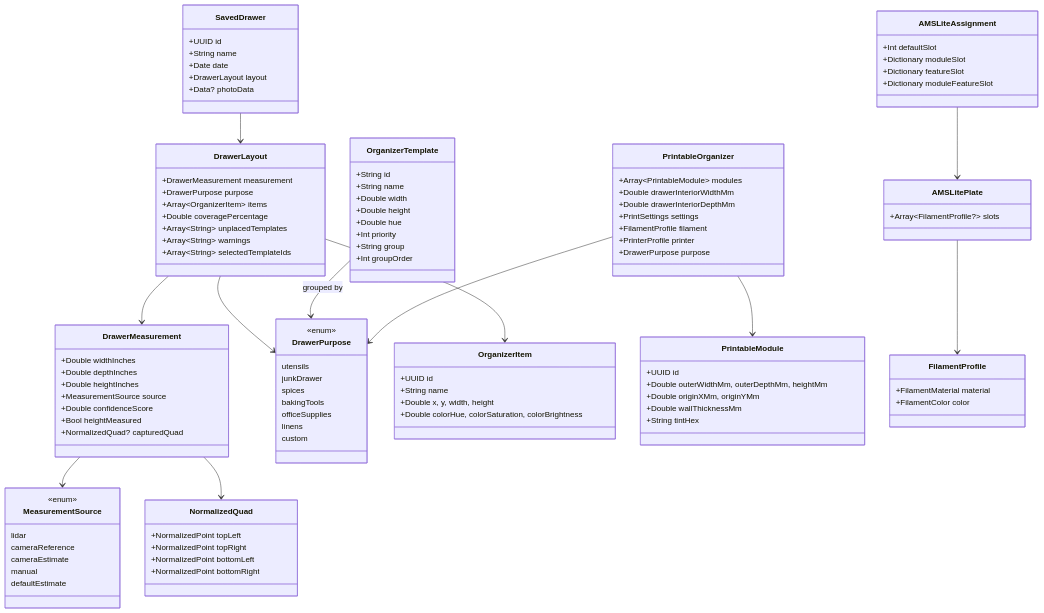
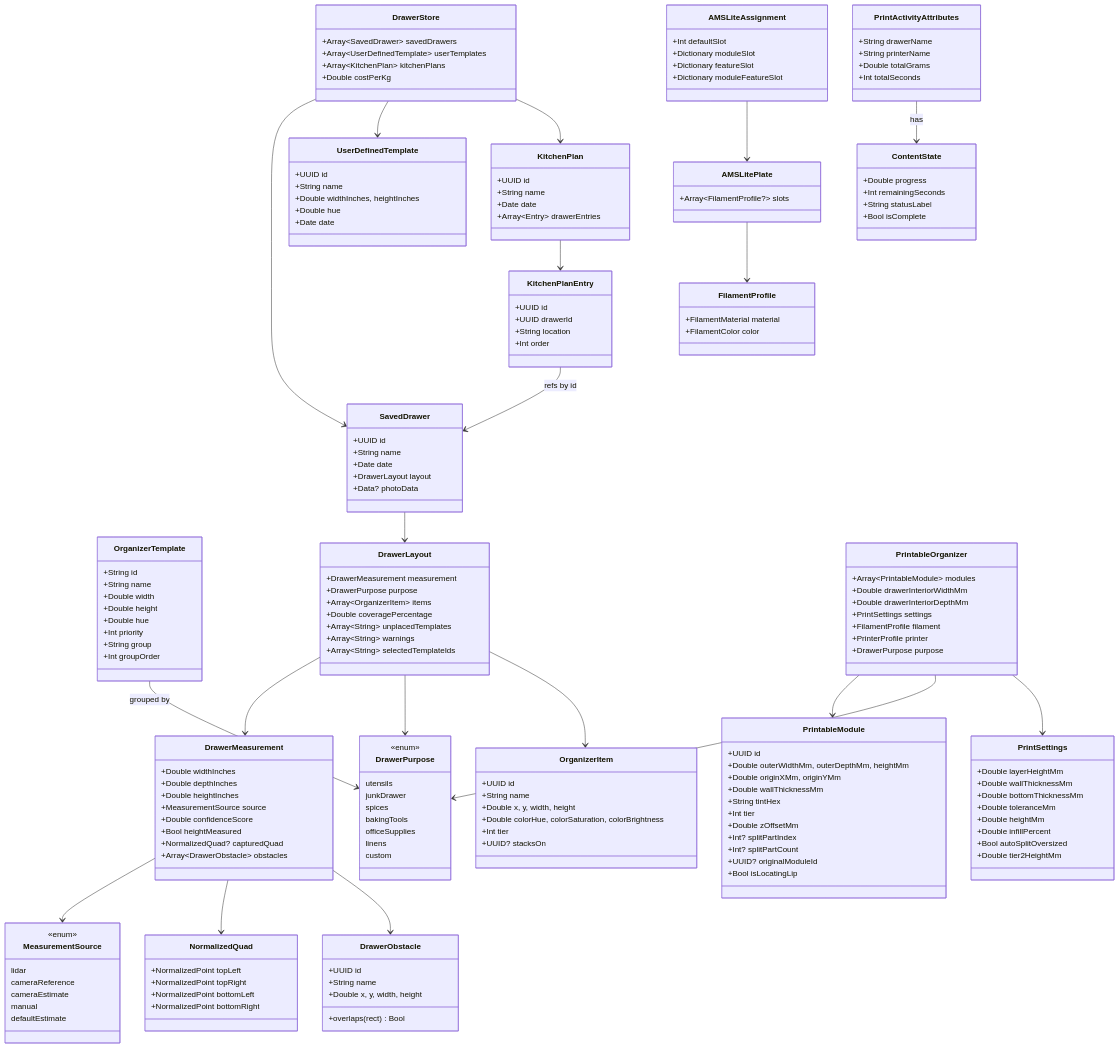
One commit to DrSk3l3t0r/Drawer changed the diagram in docs/diagrams/10-data-model.mmd. Above: the diagram before and after it, drawn with Mermaid. The commit also changed 21 other files, not shown here.

First line of the commit message:
v0.2.0 — AR, stacking, kitchen plans, obstacles, custom modules, costs, live activity

```diff
--- a/docs/diagrams/10-data-model.mmd
+++ b/docs/diagrams/10-data-model.mmd
@@ -1,119 +1,197 @@
 classDiagram
     class DrawerMeasurement {
         +Double widthInches
         +Double depthInches
         +Double heightInches
         +MeasurementSource source
         +Double confidenceScore
         +Bool heightMeasured
         +NormalizedQuad? capturedQuad
+        +Array~DrawerObstacle~ obstacles
+    }
+
+    class DrawerObstacle {
+        +UUID id
+        +String name
+        +Double x, y, width, height
+        +overlaps(rect) Bool
     }
 
     class MeasurementSource {
         <<enum>>
         lidar
         cameraReference
         cameraEstimate
         manual
         defaultEstimate
     }
 
     class NormalizedQuad {
         +NormalizedPoint topLeft
         +NormalizedPoint topRight
         +NormalizedPoint bottomLeft
         +NormalizedPoint bottomRight
     }
 
     class DrawerPurpose {
         <<enum>>
         utensils
         junkDrawer
         spices
         bakingTools
         officeSupplies
         linens
         custom
     }
 
     class OrganizerTemplate {
         +String id
         +String name
         +Double width
         +Double height
         +Double hue
         +Int priority
         +String group
         +Int groupOrder
     }
 
+    class UserDefinedTemplate {
+        +UUID id
+        +String name
+        +Double widthInches, heightInches
+        +Double hue
+        +Date date
+    }
+
     class OrganizerItem {
         +UUID id
         +String name
         +Double x, y, width, height
         +Double colorHue, colorSaturation, colorBrightness
+        +Int tier
+        +UUID? stacksOn
     }
 
     class DrawerLayout {
         +DrawerMeasurement measurement
         +DrawerPurpose purpose
         +Array~OrganizerItem~ items
         +Double coveragePercentage
         +Array~String~ unplacedTemplates
         +Array~String~ warnings
         +Array~String~ selectedTemplateIds
     }
 
     class SavedDrawer {
         +UUID id
         +String name
         +Date date
         +DrawerLayout layout
         +Data? photoData
     }
 
+    class KitchenPlan {
+        +UUID id
+        +String name
+        +Date date
+        +Array~Entry~ drawerEntries
+    }
+
+    class KitchenPlanEntry {
+        +UUID id
+        +UUID drawerId
+        +String location
+        +Int order
+    }
+
     class PrintableModule {
         +UUID id
         +Double outerWidthMm, outerDepthMm, heightMm
         +Double originXMm, originYMm
         +Double wallThicknessMm
         +String tintHex
+        +Int tier
+        +Double zOffsetMm
+        +Int? splitPartIndex
+        +Int? splitPartCount
+        +UUID? originalModuleId
+        +Bool isLocatingLip
     }
 
     class PrintableOrganizer {
         +Array~PrintableModule~ modules
         +Double drawerInteriorWidthMm
         +Double drawerInteriorDepthMm
         +PrintSettings settings
         +FilamentProfile filament
         +PrinterProfile printer
         +DrawerPurpose purpose
+    }
+
+    class PrintSettings {
+        +Double layerHeightMm
+        +Double wallThicknessMm
+        +Double bottomThicknessMm
+        +Double toleranceMm
+        +Double heightMm
+        +Double infillPercent
+        +Bool autoSplitOversized
+        +Double tier2HeightMm
     }
 
     class AMSLitePlate {
         +Array~FilamentProfile?~ slots
     }
 
     class AMSLiteAssignment {
         +Int defaultSlot
         +Dictionary moduleSlot
         +Dictionary featureSlot
         +Dictionary moduleFeatureSlot
     }
 
     class FilamentProfile {
         +FilamentMaterial material
         +FilamentColor color
     }
 
+    class PrintActivityAttributes {
+        +String drawerName
+        +String printerName
+        +Double totalGrams
+        +Int totalSeconds
+    }
+
+    class ContentState {
+        +Double progress
+        +Int remainingSeconds
+        +String statusLabel
+        +Bool isComplete
+    }
+
+    class DrawerStore {
+        +Array~SavedDrawer~ savedDrawers
+        +Array~UserDefinedTemplate~ userTemplates
+        +Array~KitchenPlan~ kitchenPlans
+        +Double costPerKg
+    }
+
     DrawerMeasurement --> MeasurementSource
     DrawerMeasurement --> NormalizedQuad
+    DrawerMeasurement --> DrawerObstacle
     DrawerLayout --> DrawerMeasurement
     DrawerLayout --> DrawerPurpose
     DrawerLayout --> OrganizerItem
     SavedDrawer --> DrawerLayout
+    KitchenPlan --> KitchenPlanEntry
+    KitchenPlanEntry --> SavedDrawer : refs by id
     OrganizerTemplate --> DrawerPurpose : grouped by
     PrintableOrganizer --> PrintableModule
     PrintableOrganizer --> DrawerPurpose
+    PrintableOrganizer --> PrintSettings
     AMSLitePlate --> FilamentProfile
     AMSLiteAssignment --> AMSLitePlate
+    PrintActivityAttributes --> ContentState : has
+    DrawerStore --> SavedDrawer
+    DrawerStore --> UserDefinedTemplate
+    DrawerStore --> KitchenPlan
```
